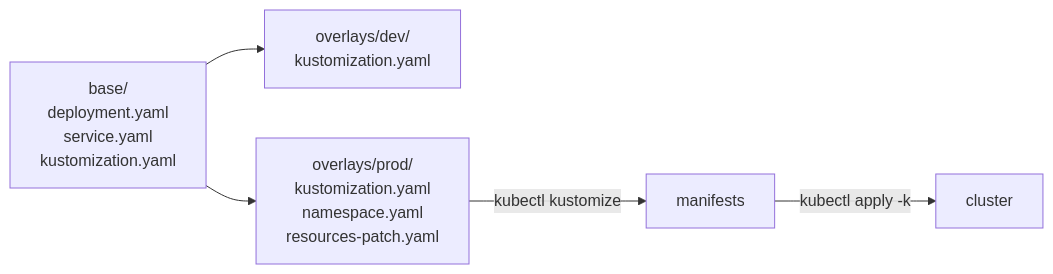
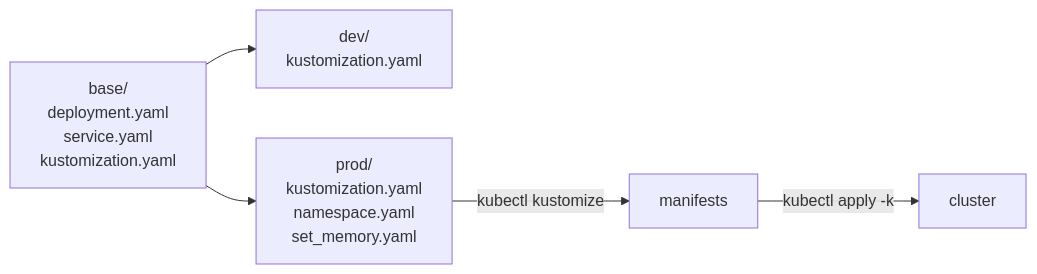
The diagram in learn/kustomize.md (jclapdev/cka-study), drawn with Mermaid before and after one commit. The commit also changed other lines of this file and 57 other files, not shown here.

````diff
--- a/learn/kustomize.md
+++ b/learn/kustomize.md
@@ -9,7 +9,7 @@
 ```mermaid
 flowchart LR
-  B[base/<br/>deployment.yaml<br/>service.yaml<br/>kustomization.yaml] --> D[overlays/dev/<br/>kustomization.yaml]
-  B --> P[overlays/prod/<br/>kustomization.yaml<br/>namespace.yaml<br/>resources-patch.yaml]
+  B[base/<br/>deployment.yaml<br/>service.yaml<br/>kustomization.yaml] --> D[dev/<br/>kustomization.yaml]
+  B --> P[prod/<br/>kustomization.yaml<br/>namespace.yaml<br/>set_memory.yaml]
   P -->|kubectl kustomize| M[manifests]
   M -->|kubectl apply -k| C[cluster]
 ```
````
